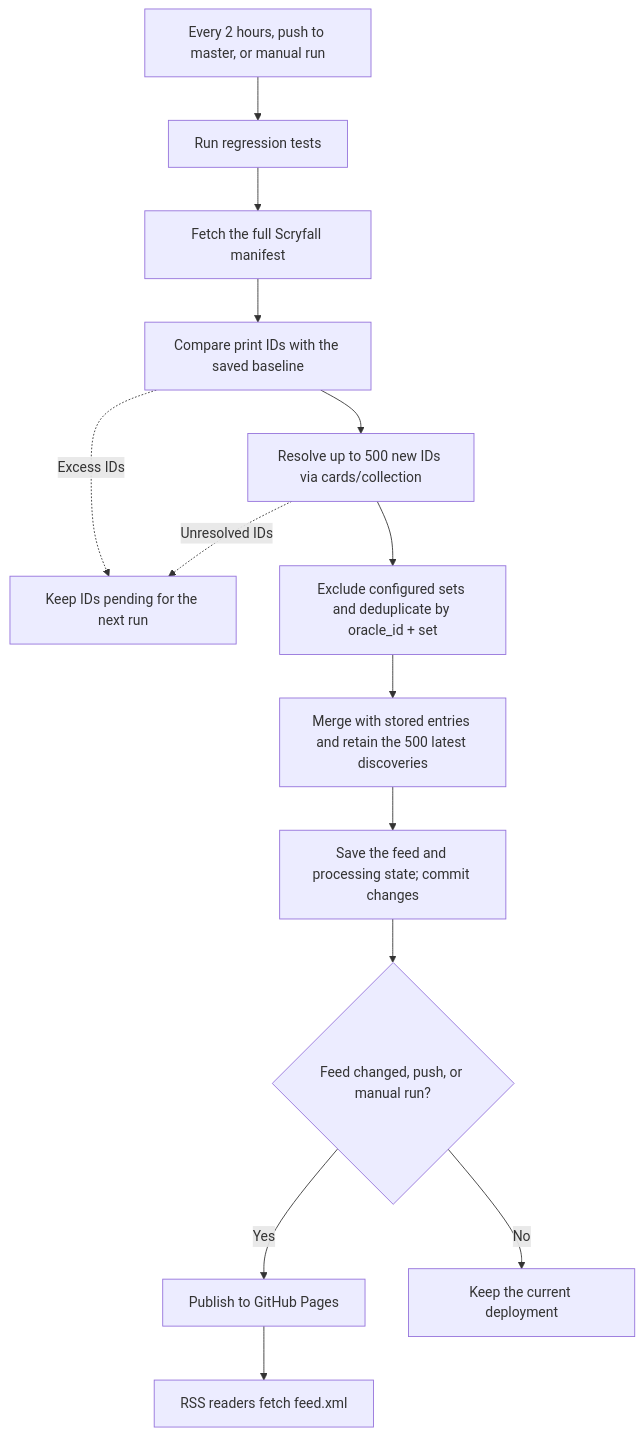
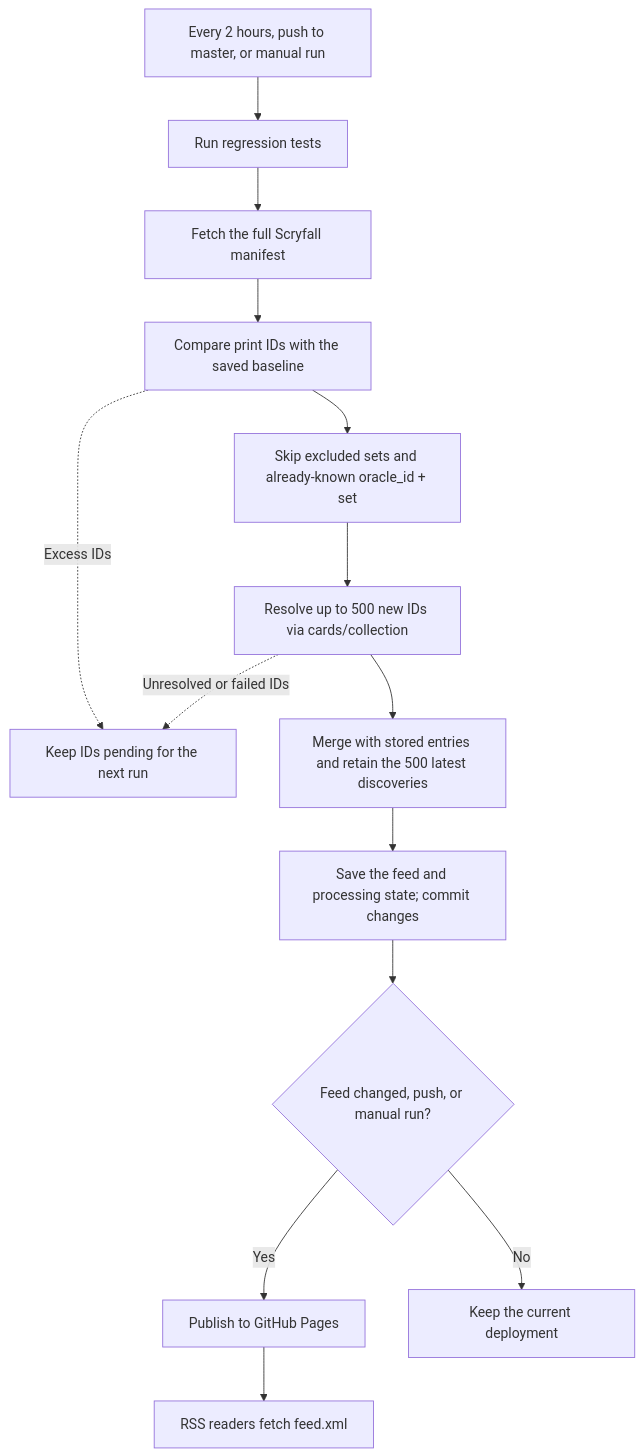
The diagram in README.md (wombart/mtg-spoiler-rss), drawn with Mermaid before and after one commit. The commit also changed other lines of this file and 7 other files, not shown here.

````diff
--- a/README.md
+++ b/README.md
@@ -45,16 +61,16 @@
 ```mermaid
 flowchart TD
 	Trigger["Every 2 hours, push to master, or manual run"] --> Tests["Run regression tests"]
 	Tests --> Manifest["Fetch the full Scryfall manifest"]
 	Manifest --> Compare["Compare print IDs with the saved baseline"]
-	Compare --> Hydrate["Resolve up to 500 new IDs via cards/collection"]
+	Compare --> Filter["Skip excluded sets and already-known oracle_id + set"]
 	Compare -. "Excess IDs" .-> Pending["Keep IDs pending for the next run"]
-	Hydrate -. "Unresolved IDs" .-> Pending
-	Hydrate --> Filter["Exclude configured sets and deduplicate by oracle_id + set"]
-	Filter --> Feed["Merge with stored entries and retain the 500 latest discoveries"]
+	Filter --> Hydrate["Resolve up to 500 new IDs via cards/collection"]
+	Hydrate -. "Unresolved or failed IDs" .-> Pending
+	Hydrate --> Feed["Merge with stored entries and retain the 500 latest discoveries"]
 	Feed --> Save["Save the feed and processing state; commit changes"]
 	Save --> Deploy{"Feed changed, push, or manual run?"}
 	Deploy -->|Yes| Pages["Publish to GitHub Pages"]
 	Deploy -->|No| Done["Keep the current deployment"]
 	Pages --> Reader["RSS readers fetch feed.xml"]
 ```
````
